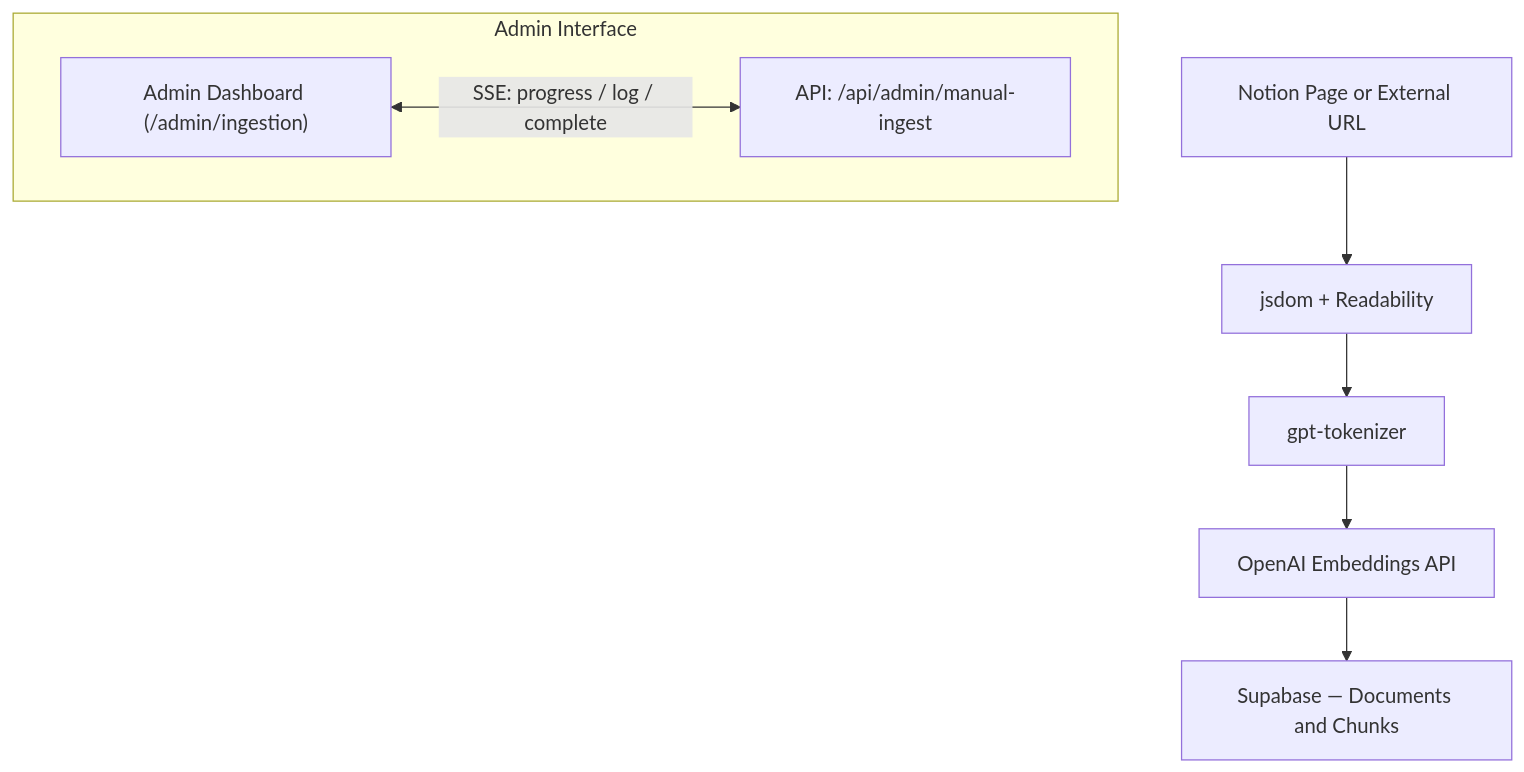
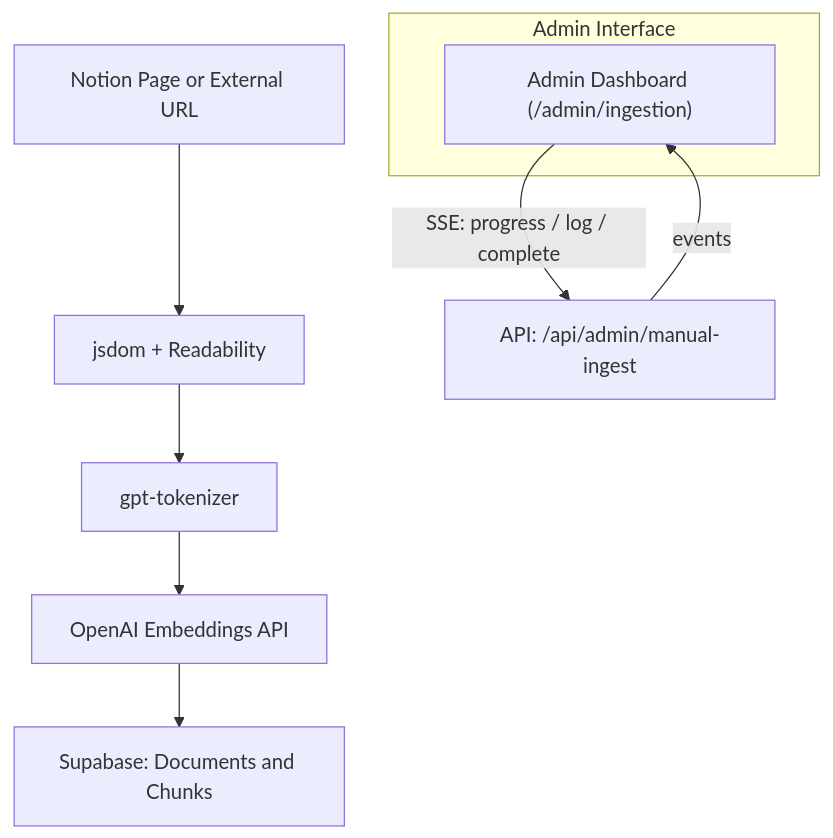
The second of 2 diagrams in readme.md (jack-h-park/nextjs-notion-starter-kit), drawn with Mermaid before and after one commit.

Commit message:
fix: minor update on readme.md

````diff
--- a/readme.md
+++ b/readme.md
@@ -88,11 +88,14 @@
 ```mermaid
-flowchart TD
+  flowchart TD
   A["Notion Page or External URL"] --> B["jsdom + Readability"];
   B --> C["gpt-tokenizer"];
   C --> D["OpenAI Embeddings API"];
-  D --> E["Supabase — Documents and Chunks"];
+  D --> E["Supabase: Documents and Chunks"];
+
   subgraph "Admin Interface"
     F["Admin Dashboard (/admin/ingestion)"];
-    F <-- "SSE: progress / log / complete" --> G["API: /api/admin/manual-ingest"];
   end
+
+  F -- "SSE: progress / log / complete" --> G["API: /api/admin/manual-ingest"];
+  G -- "events" --> F;
 ```
````
